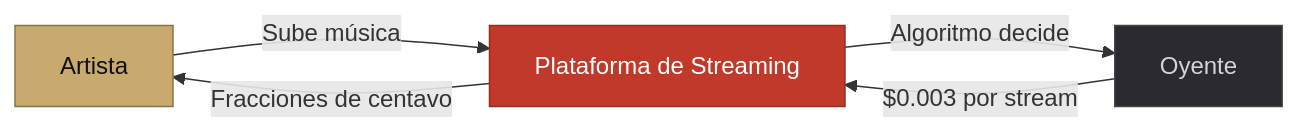
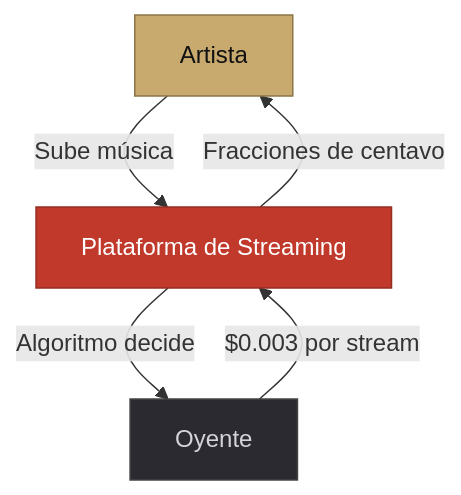
Before and after one commit to groovesart/grooves-docs: the first of 3 diagrams in el-problema.md, drawn with Mermaid. The commit also changed other lines of this file and 4 other files, not shown here.

````diff
--- a/el-problema.md
+++ b/el-problema.md
@@ -7,10 +7,10 @@
 ```mermaid
-graph LR
+graph TB
     A[Artista] -->|Sube música| B[Plataforma de Streaming]
     B -->|Algoritmo decide| C[Oyente]
     C -->|$0.003 por stream| B
     B -->|Fracciones de centavo| A
     style A fill:#C8A96E,color:#111,stroke:#8a7548
     style B fill:#c0392b,color:#fff,stroke:#962d22
     style C fill:#2a2a30,color:#d4d4d8,stroke:#444
 ```
````
